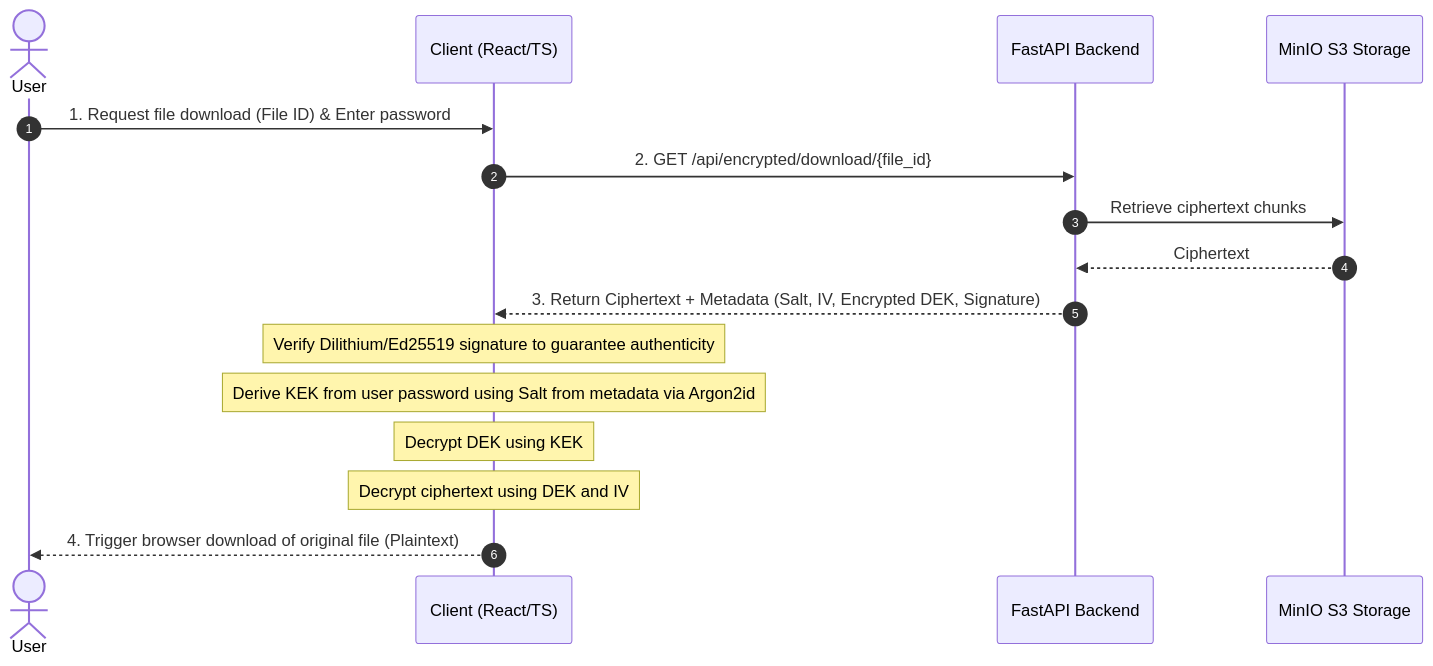
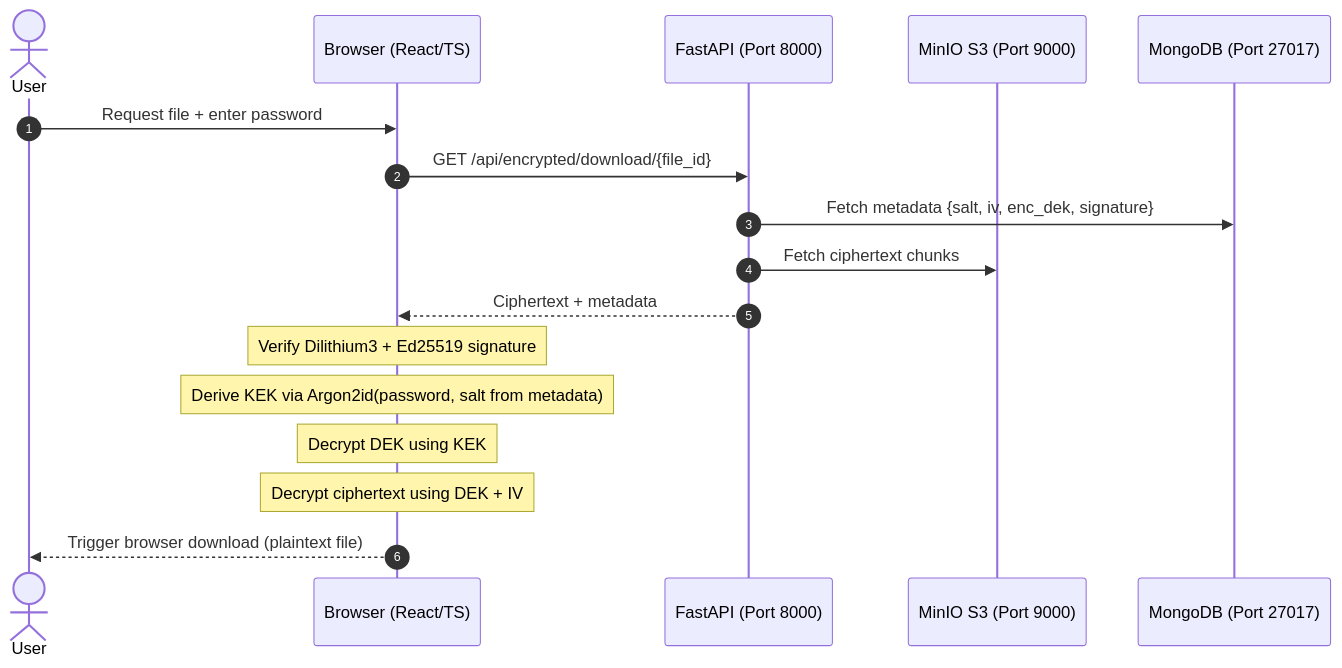
The third of 3 diagrams in README.md (pthanhbinh1654/zeroknowledge_encryption), drawn with Mermaid before and after one commit. The commit also changed other lines of this file and 1 other file, not shown here.

````diff
--- a/README.md
+++ b/README.md
@@ -88,19 +113,20 @@
 ```mermaid
 sequenceDiagram
     autonumber
-    actor User as User
-    participant Client as Client (React/TS)
-    participant Backend as FastAPI Backend
-    participant MinIO as MinIO S3 Storage
+    actor User
+    participant Browser as Browser (React/TS)
+    participant API as FastAPI (Port 8000)
+    participant MinIO as MinIO S3 (Port 9000)
+    participant DB as MongoDB (Port 27017)
 
-    User->>Client: 1. Request file download (File ID) & Enter password
-    Client->>Backend: 2. GET /api/encrypted/download/{file_id}
-    Backend->>MinIO: Retrieve ciphertext chunks
-    MinIO-->>Backend: Ciphertext
-    Backend-->>Client: 3. Return Ciphertext + Metadata (Salt, IV, Encrypted DEK, Signature)
-    Note over Client: Verify Dilithium/Ed25519 signature to guarantee authenticity
-    Note over Client: Derive KEK from user password using Salt from metadata via Argon2id
-    Note over Client: Decrypt DEK using KEK
-    Note over Client: Decrypt ciphertext using DEK and IV
-    Client-->>User: 4. Trigger browser download of original file (Plaintext)
+    User->>Browser: Request file + enter password
+    Browser->>API: GET /api/encrypted/download/{file_id}
+    API->>DB: Fetch metadata {salt, iv, enc_dek, signature}
+    API->>MinIO: Fetch ciphertext chunks
+    API-->>Browser: Ciphertext + metadata
+    Note over Browser: Verify Dilithium3 + Ed25519 signature
+    Note over Browser: Derive KEK via Argon2id(password, salt from metadata)
+    Note over Browser: Decrypt DEK using KEK
+    Note over Browser: Decrypt ciphertext using DEK + IV
+    Browser-->>User: Trigger browser download (plaintext file)
 ```
````
